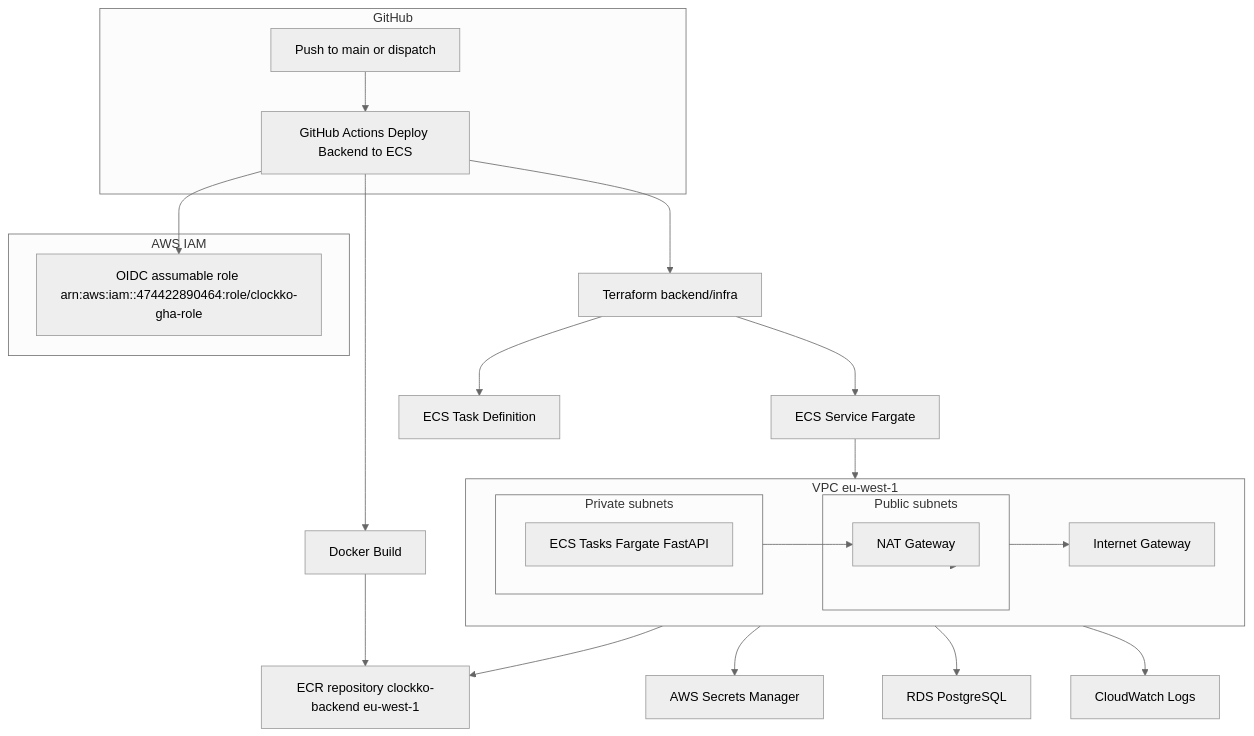
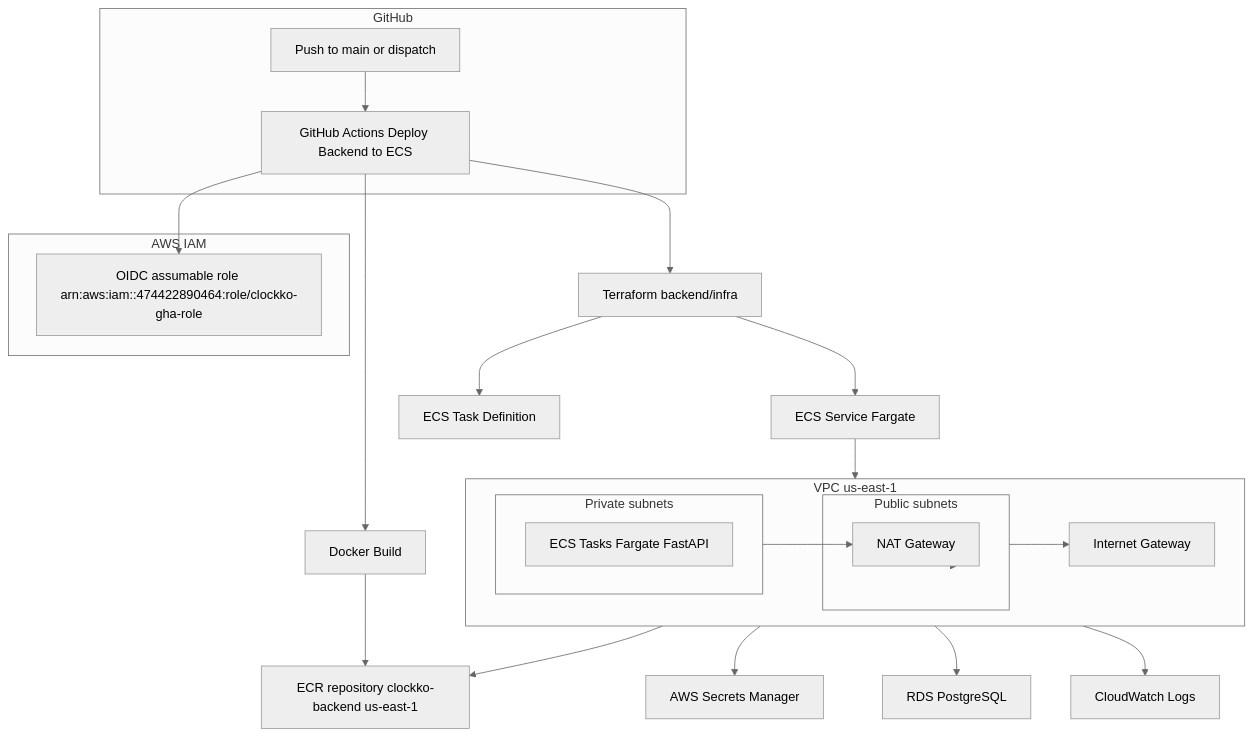
Before and after one commit to ClockKo/clockko-team04-althub-project: the first of 2 diagrams in backend/infra/diagram.md, drawn with Mermaid (neutral theme). The commit also changed 85 other files, not shown here.

````diff
--- a/backend/infra/diagram.md
+++ b/backend/infra/diagram.md
@@ -3,44 +3,44 @@
 ```mermaid
 flowchart TD
   %% Simplified for maximum compatibility (No ALB in current deployment)
 
   subgraph GH[GitHub]
     A[Push to main or dispatch]
     B[GitHub Actions Deploy Backend to ECS]
   end
   A --> B
 
   subgraph IAMG[AWS IAM]
     ROLE[OIDC assumable role arn:aws:iam::474422890464:role/clockko-gha-role]
   end
 
   B --> ROLE
 
   B --> DOCKER[Docker Build]
-  DOCKER --> ECR[ECR repository clockko-backend eu-west-1]
+  DOCKER --> ECR[ECR repository clockko-backend us-east-1]
 
   B --> TF[Terraform backend/infra]
   TF --> TDEF[ECS Task Definition]
   TF --> SERVICE[ECS Service Fargate]
 
-  subgraph VPC[VPC eu-west-1]
+  subgraph VPC[VPC us-east-1]
     direction LR
     IGW[Internet Gateway]
     subgraph PUB[Public subnets]
       NAT[NAT Gateway]
       %% No ALB due to account restrictions
     end
     subgraph PRIV[Private subnets]
       TASKS[ECS Tasks Fargate FastAPI]
     end
     PUB --> IGW
     PUB --> NAT
     PRIV --> NAT
   end
 
   SERVICE --> TASKS
   TASKS --> ECR
   TASKS --> SECRETS[AWS Secrets Manager]
   TASKS --> RDS[RDS PostgreSQL]
   TASKS --> LOGS[CloudWatch Logs]
 ```
````
